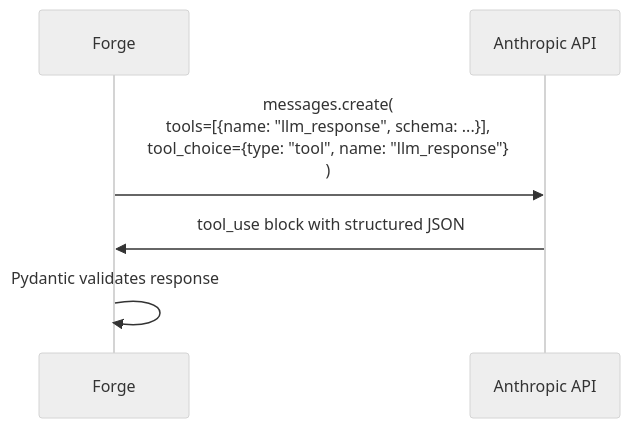
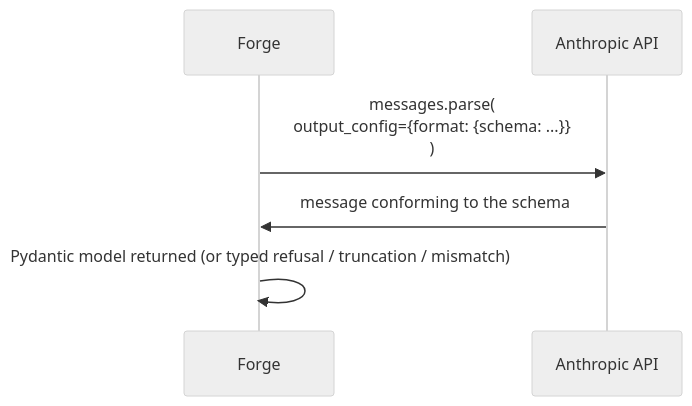
The fifth of 10 diagrams in docs/ARCHITECTURE.md (stevegsax/forge), drawn with Mermaid (neutral theme) before and after one commit. The commit also changed other lines of this file and 75 other files, not shown here.

First line of the commit message:
T3.5: retire forced tool use; delete sax-llm

````diff
--- a/docs/ARCHITECTURE.md
+++ b/docs/ARCHITECTURE.md
@@ -174,9 +172,9 @@
 ```mermaid
 sequenceDiagram
     participant F as Forge
     participant A as Anthropic API
 
-    F->>A: messages.create(<br/>  tools=[{name: "llm_response", schema: ...}],<br/>  tool_choice={type: "tool", name: "llm_response"}<br/>)
-    A->>F: tool_use block with structured JSON
-    F->>F: Pydantic validates response
+    F->>A: messages.parse(<br/>  output_config={format: {schema: ...}}<br/>)
+    A->>F: message conforming to the schema
+    F->>F: Pydantic model returned (or typed refusal / truncation / mismatch)
 ```
````
